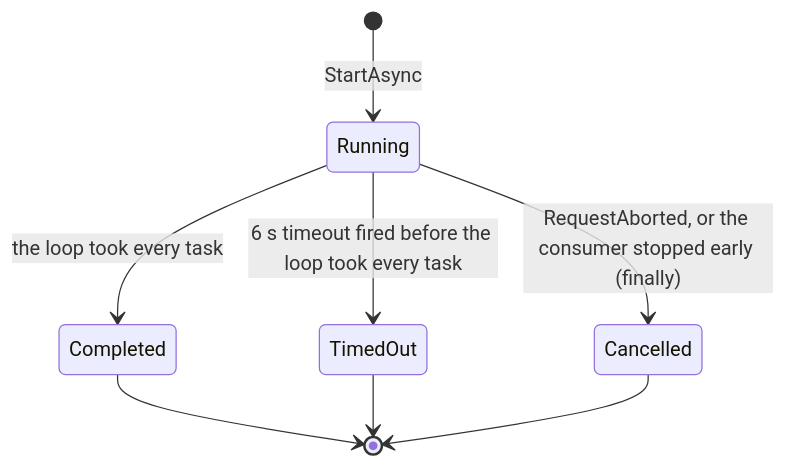
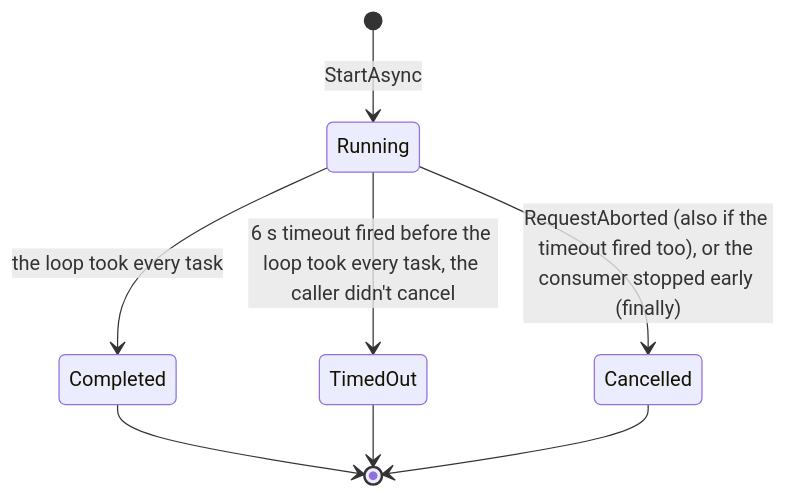
The first of 2 diagrams in docs/plan.md (l-Vladislav/pricehunt), drawn with Mermaid before and after one commit. The commit also changed other lines of this file and 15 other files, not shown here.

````diff
--- a/docs/plan.md
+++ b/docs/plan.md
@@ -57,10 +58,10 @@
 ```mermaid
 stateDiagram-v2
     [*] --> Running: StartAsync
     Running --> Completed: the loop took every task
-    Running --> TimedOut: 6 s timeout fired before the loop took every task
-    Running --> Cancelled: RequestAborted, or the consumer stopped early (finally)
+    Running --> TimedOut: 6 s timeout fired before the loop took every task, the caller didn't cancel
+    Running --> Cancelled: RequestAborted (also if the timeout fired too), or the consumer stopped early (finally)
     Completed --> [*]
     TimedOut --> [*]
     Cancelled --> [*]
 ```
````
